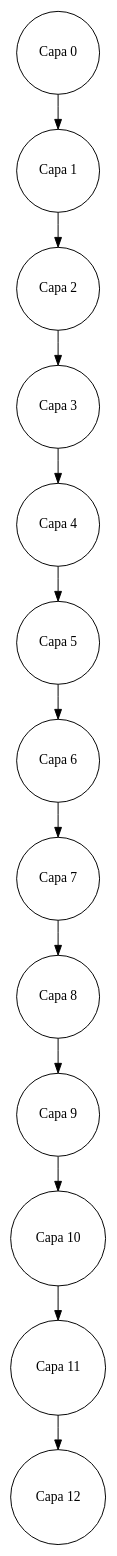
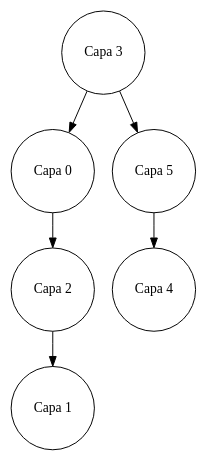
One commit to diegomazariegos2002/EDD_UDRAWING_FASE_202003975 changed the diagram in Fase 2/fase2_EDD/Clientes/Cliente_1/Capas/Arbol_ABB_Capas/Arbol_ABB_Capas.dot. Above: the diagram before and after it, drawn with Graphviz. The commit also changed 73 other files, not shown here.

```diff
--- a/Fase 2/fase2_EDD/Clientes/Cliente_1/Capas/Arbol_ABB_Capas/Arbol_ABB_Capas.dot
+++ b/Fase 2/fase2_EDD/Clientes/Cliente_1/Capas/Arbol_ABB_Capas/Arbol_ABB_Capas.dot
@@ -1,53 +1,25 @@
 digraph binaryTree { 
 node[shape = circle]; 
 
-Nodo1419219190[label = "Capa 0"];
+Nodo1042304125[label = "Capa 3"];
 
-Nodo1419219190 -> Nodo410700775; 
+Nodo1042304125 -> Nodo447296748; 
 
-Nodo410700775[label = "Capa 1"];
+Nodo1042304125 -> Nodo1723165967; 
 
-Nodo410700775 -> Nodo1922478043; 
+Nodo447296748[label = "Capa 0"];
 
-Nodo1922478043[label = "Capa 2"];
+Nodo447296748 -> Nodo1820847948; 
 
-Nodo1922478043 -> Nodo680586236; 
+Nodo1820847948[label = "Capa 2"];
 
-Nodo680586236[label = "Capa 3"];
+Nodo1820847948 -> Nodo168376505; 
 
-Nodo680586236 -> Nodo1075315187; 
+Nodo168376505[label = "Capa 1"];
 
-Nodo1075315187[label = "Capa 4"];
+Nodo1723165967[label = "Capa 5"];
 
-Nodo1075315187 -> Nodo242474980; 
+Nodo1723165967 -> Nodo1507091264; 
 
-Nodo242474980[label = "Capa 5"];
-
-Nodo242474980 -> Nodo1239171462; 
-
-Nodo1239171462[label = "Capa 6"];
-
-Nodo1239171462 -> Nodo1715244106; 
-
-Nodo1715244106[label = "Capa 7"];
-
-Nodo1715244106 -> Nodo1722486503; 
-
-Nodo1722486503[label = "Capa 8"];
-
-Nodo1722486503 -> Nodo1991729449; 
-
-Nodo1991729449[label = "Capa 9"];
-
-Nodo1991729449 -> Nodo1573703176; 
-
-Nodo1573703176[label = "Capa 10"];
-
-Nodo1573703176 -> Nodo1594906407; 
-
-Nodo1594906407[label = "Capa 11"];
-
-Nodo1594906407 -> Nodo1634907668; 
-
-Nodo1634907668[label = "Capa 12"];
+Nodo1507091264[label = "Capa 4"];
 }
```
